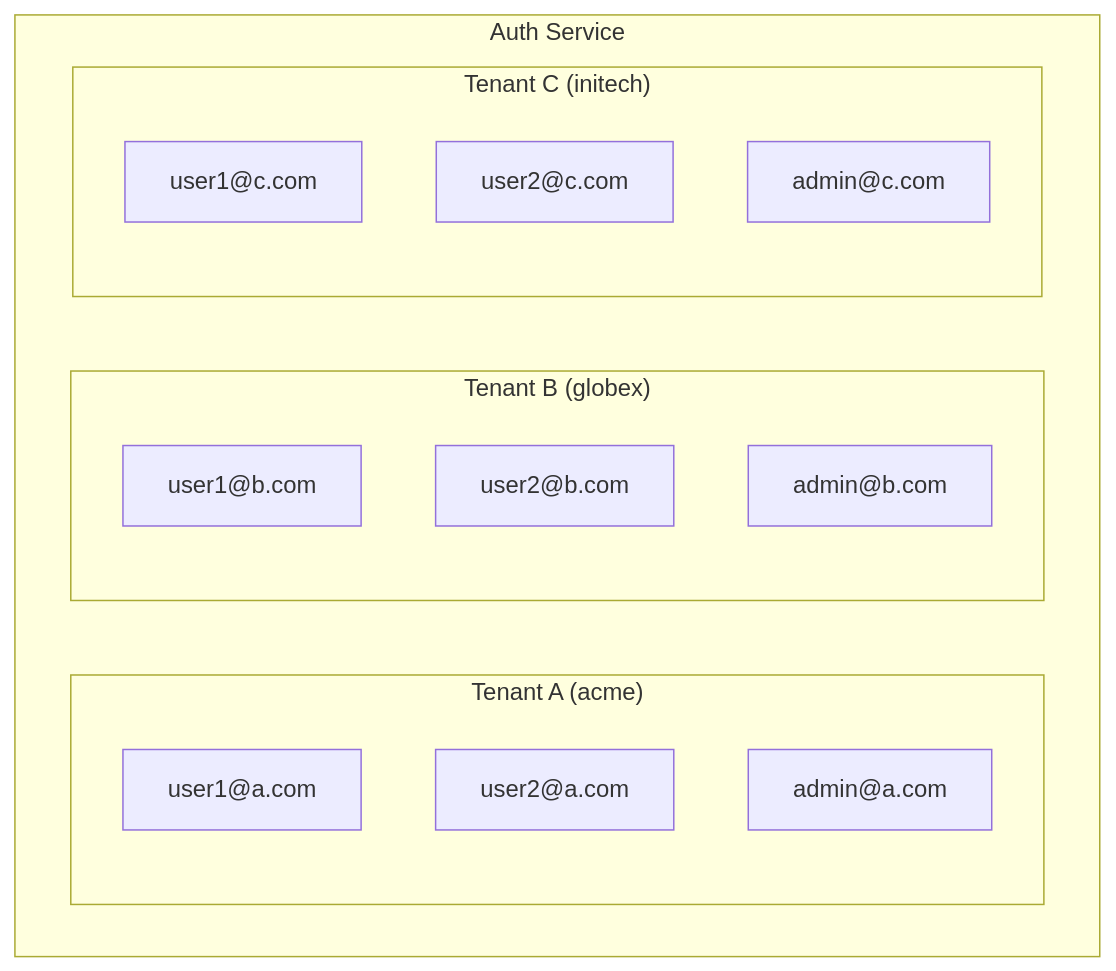
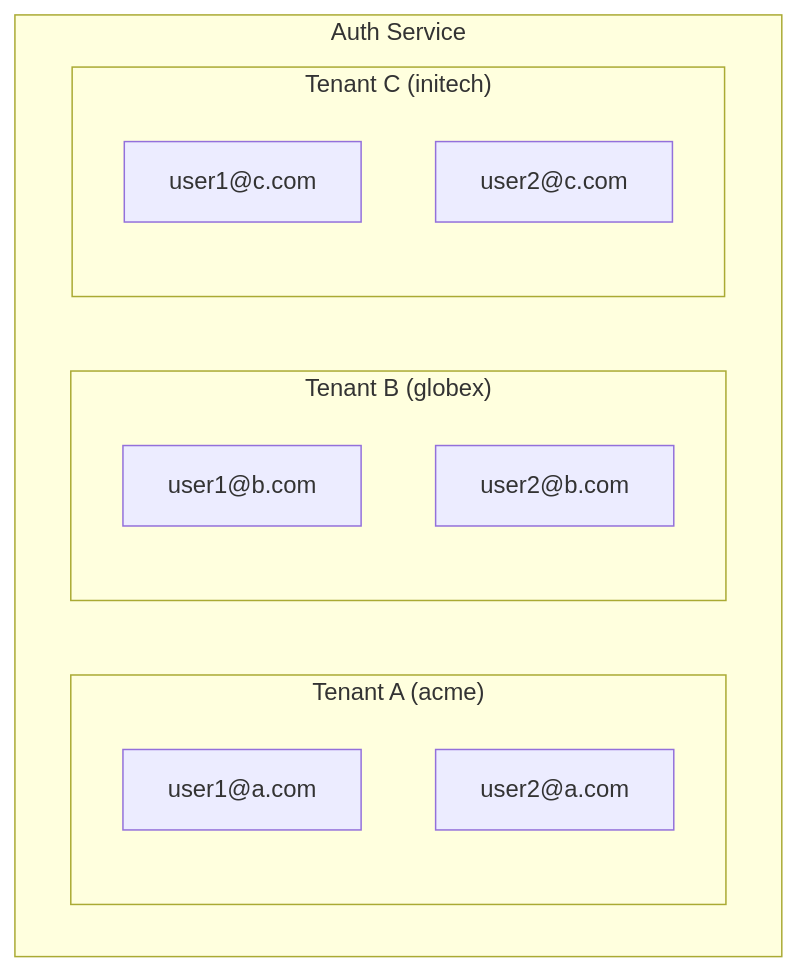
One commit to ivanhernandez-dev/auth-service changed the first of 8 diagrams in README.md. Above: the diagram before and after it, drawn with Mermaid. The commit also changed other lines of this file and 1 other file, not shown here.

````diff
--- a/README.md
+++ b/README.md
@@ -72,20 +68,17 @@
 ```mermaid
 graph TB
     subgraph AS[Auth Service]
         subgraph TA["Tenant A (acme)"]
             A1["user1@a.com"]
             A2["user2@a.com"]
-            A3["admin@a.com"]
         end
         subgraph TB["Tenant B (globex)"]
             B1["user1@b.com"]
             B2["user2@b.com"]
-            B3["admin@b.com"]
         end
         subgraph TC["Tenant C (initech)"]
             C1["user1@c.com"]
             C2["user2@c.com"]
-            C3["admin@c.com"]
         end
     end
 ```
````
